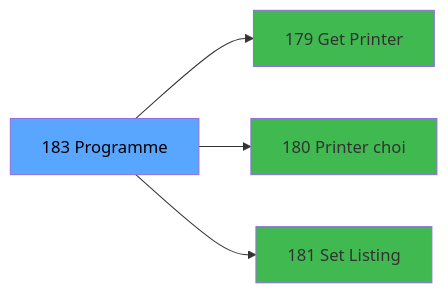
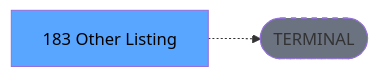
Before and after one commit to thonyAGP/lecteur-magic: the third of 3 diagrams in .openspec/specs/ADH-IDE-183.md, drawn with Mermaid. The commit also changed other lines of this file and 701 other files, not shown here.

````diff
--- a/.openspec/specs/ADH-IDE-183.md
+++ b/.openspec/specs/ADH-IDE-183.md
@@ -136,14 +134,8 @@
 ```mermaid
 graph LR
-    T[183 Programme]
-    C179[179 Get Printer]
-    T --> C179
-    C180[180 Printer choi]
-    T --> C180
-    C181[181 Set Listing ]
-    T --> C181
+    T[183 Other Listing]
+    TERM([TERMINAL])
+    T -.-> TERM
+    style TERM fill:#6b7280,stroke-dasharray: 5 5
     style T fill:#58a6ff,color:#000
-    style C179 fill:#3fb950
-    style C180 fill:#3fb950
-    style C181 fill:#3fb950
 ```
````
